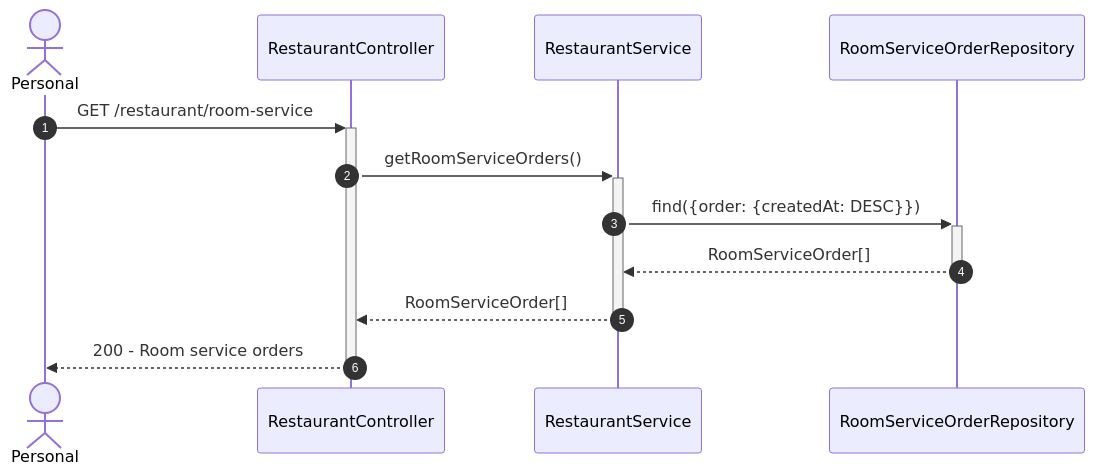
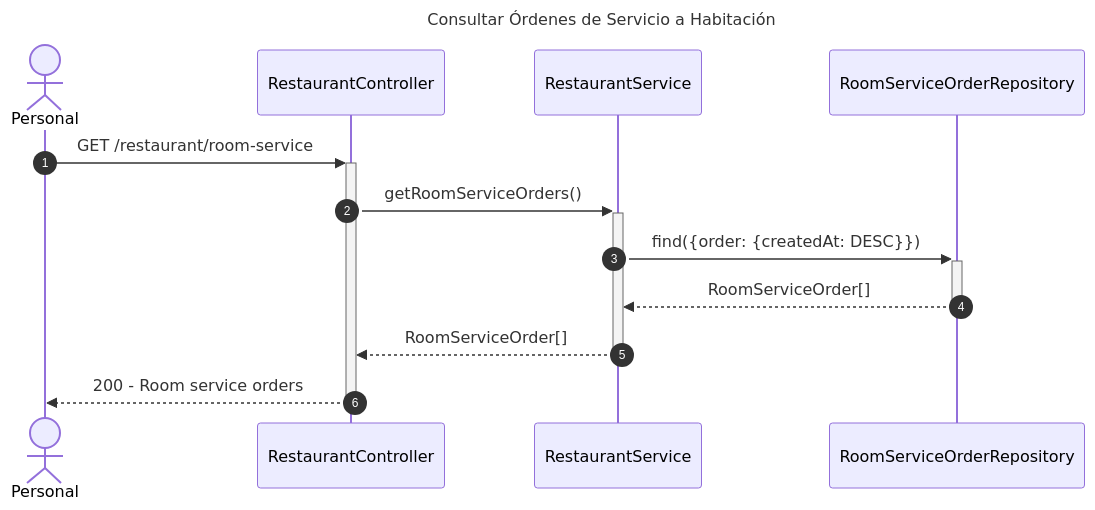
One commit to Nick220505/hotelier-backend changed the seventh of 7 diagrams in diagrams/sequence/restaurant-sequence-diagram.md. Above: the diagram before and after it, drawn with Mermaid. The commit also changed other lines of this file and 5 other files, not shown here.

Commit message:
Add titles to sequence diagrams for Billing, Employees, Inventory, Reservations, Restaurant, and Users modules

````diff
--- a/diagrams/sequence/restaurant-sequence-diagram.md
+++ b/diagrams/sequence/restaurant-sequence-diagram.md
@@ -194,17 +212,20 @@
 ```mermaid
+---
+title: Consultar Órdenes de Servicio a Habitación
+---
 sequenceDiagram
     autonumber
     actor Personal
     participant Controller as RestaurantController
     participant Service as RestaurantService
     participant OrderRepo as RoomServiceOrderRepository
 
     Personal->>+Controller: GET /restaurant/room-service
     Controller->>+Service: getRoomServiceOrders()
     
     Service->>+OrderRepo: find({order: {createdAt: DESC}})
     OrderRepo-->>-Service: RoomServiceOrder[]
     
     Service-->>-Controller: RoomServiceOrder[]
     Controller-->>-Personal: 200 - Room service orders
 ```
````
